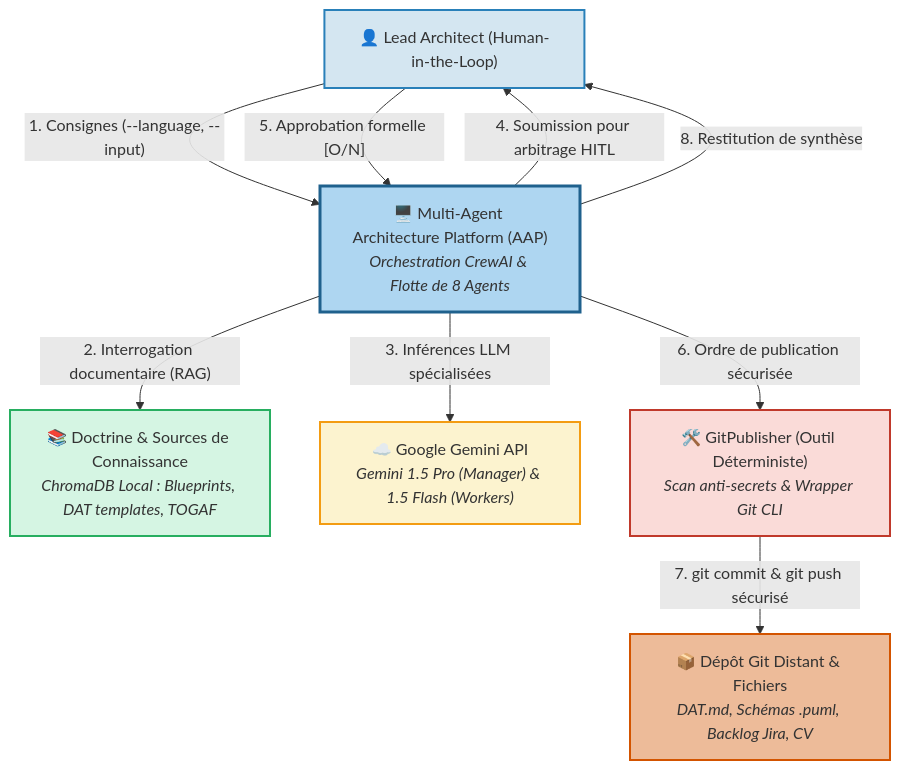
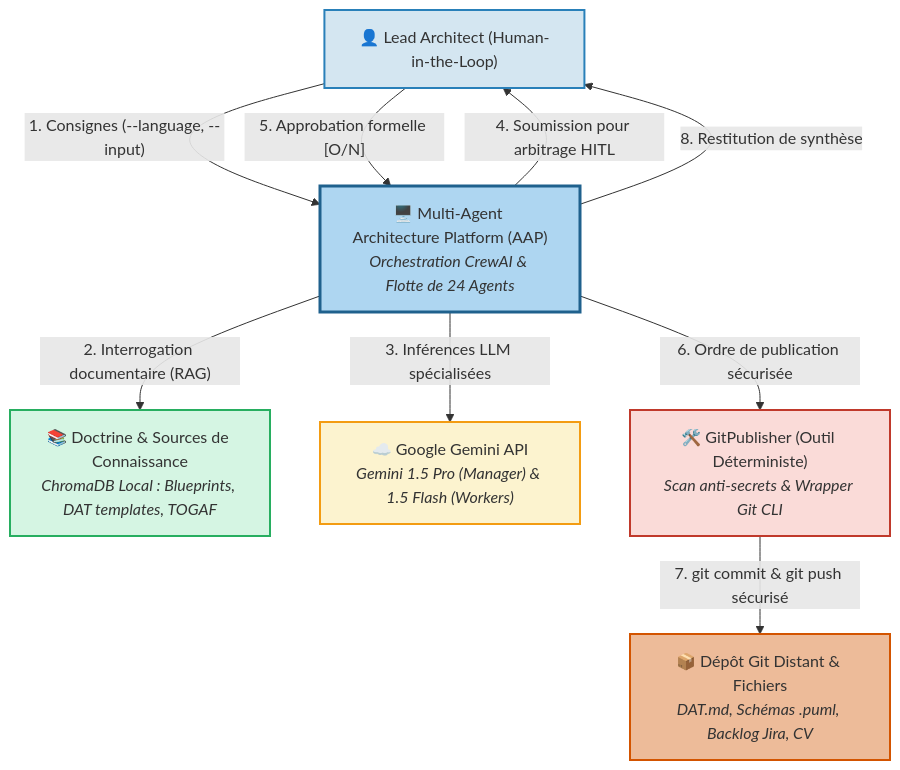
Before and after one commit to widadsaghir/my-agentic-architecture: the first of 3 diagrams in docs/dossier-architecture-visuelle.md, drawn with Mermaid. The commit also changed other lines of this file and 3 other files, not shown here.

Commit message:
docs(architecture): update togaf, visual doc and roadmap to reflect full 24-agent fleet

````diff
--- a/docs/dossier-architecture-visuelle.md
+++ b/docs/dossier-architecture-visuelle.md
@@ -95,25 +96,25 @@
 ```mermaid
 flowchart TD
     User["👤 Lead Architect (Human-in-the-Loop)"]
-    AAP["🖥️ Multi-Agent Architecture Platform (AAP)<br/><i>Orchestration CrewAI & Flotte de 8 Agents</i>"]
+    AAP["🖥️ Multi-Agent Architecture Platform (AAP)<br/><i>Orchestration CrewAI & Flotte de 24 Agents</i>"]
     Knowledge["📚 Doctrine & Sources de Connaissance<br/><i>ChromaDB Local : Blueprints, DAT templates, TOGAF</i>"]
     GeminiAPI["☁️ Google Gemini API<br/><i>Gemini 1.5 Pro (Manager) & 1.5 Flash (Workers)</i>"]
     GitPublisherTool["🛠️ GitPublisher (Outil Déterministe)<br/><i>Scan anti-secrets & Wrapper Git CLI</i>"]
     GitRepo["📦 Dépôt Git Distant & Fichiers<br/><i>DAT.md, Schémas .puml, Backlog Jira, CV</i>"]
 
     User -->|"1. Consignes (--language, --input)"| AAP
     AAP -->|"2. Interrogation documentaire (RAG)"| Knowledge
     AAP -->|"3. Inférences LLM spécialisées"| GeminiAPI
     AAP -->|"4. Soumission pour arbitrage HITL"| User
     User -->|"5. Approbation formelle [O/N]"| AAP
     AAP -->|"6. Ordre de publication sécurisée"| GitPublisherTool
     GitPublisherTool -->|"7. git commit & git push sécurisé"| GitRepo
     AAP -->|"8. Restitution de synthèse"| User
 
     style User fill:#D4E6F1,stroke:#2980B9,stroke-width:2px
     style AAP fill:#AED6F1,stroke:#1F618D,stroke-width:3px
     style Knowledge fill:#D5F5E3,stroke:#27AE60,stroke-width:2px
     style GeminiAPI fill:#FCF3CF,stroke:#F39C12,stroke-width:2px
     style GitPublisherTool fill:#FADBD8,stroke:#C0392B,stroke-width:2px
     style GitRepo fill:#EDBB99,stroke:#D35400,stroke-width:2px
 ```
````
